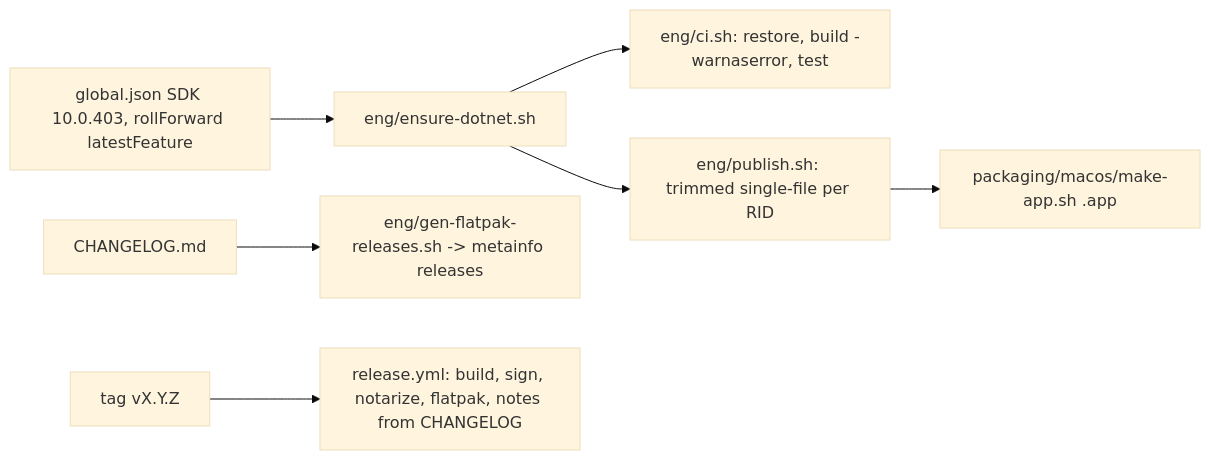
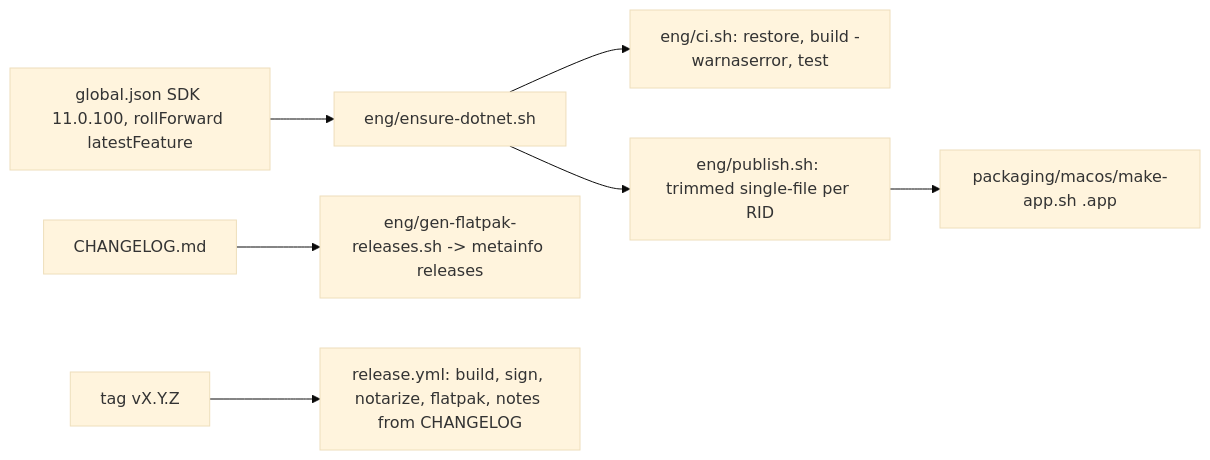
Before and after one commit to jfryman/flashkit-md-dotnet: the diagram in lode/build/toolchain.md, drawn with Mermaid (base theme). The commit also changed 5 other files, not shown here.

First line of the commit message:
Bump dotnet-sdk from 10.0.403 to 11.0.100; CI installs the SDK pinned in global.json (#41)

````diff
--- a/lode/build/toolchain.md
+++ b/lode/build/toolchain.md
@@ -3,9 +3,9 @@
 ```mermaid
 flowchart LR
-  G[global.json SDK 10.0.403, rollForward latestFeature] --> E[eng/ensure-dotnet.sh]
+  G[global.json SDK 11.0.100, rollForward latestFeature] --> E[eng/ensure-dotnet.sh]
   E --> CI[eng/ci.sh: restore, build -warnaserror, test]
   E --> PUB[eng/publish.sh: trimmed single-file per RID]
   PUB --> APP[packaging/macos/make-app.sh .app]
   CHG[CHANGELOG.md] --> FP[eng/gen-flatpak-releases.sh -> metainfo releases]
   TAG[tag vX.Y.Z] --> REL[release.yml: build, sign, notarize, flatpak, notes from CHANGELOG]
 ```
````
